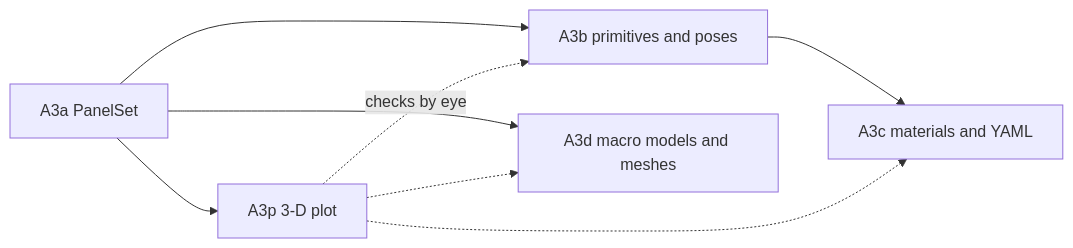
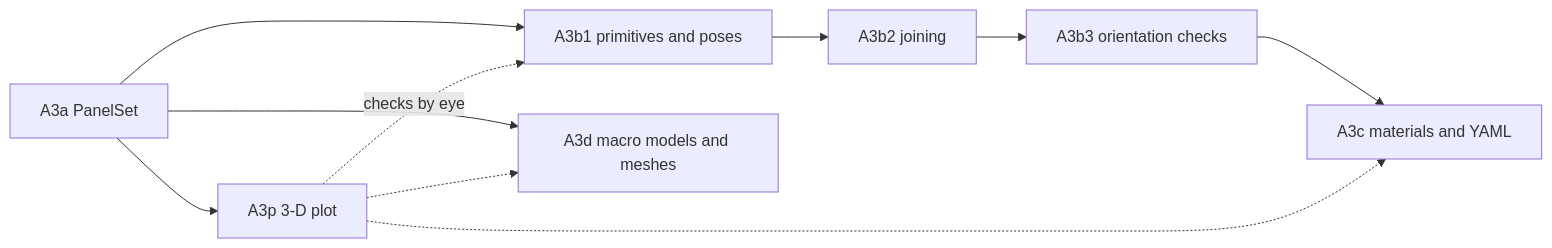
The diagram in docs/plans/A3_geometry_overview.md (kylermurphy/leodragkit), drawn with Mermaid before and after one commit. The commit also changed other lines of this file and 9 other files, not shown here.

````diff
--- a/docs/plans/A3_geometry_overview.md
+++ b/docs/plans/A3_geometry_overview.md
@@ -15,10 +17,12 @@
 ```mermaid
 flowchart LR
   A3a["A3a PanelSet"] --> A3p["A3p 3-D plot"]
-  A3a --> A3b["A3b primitives and poses"]
-  A3b --> A3c["A3c materials and YAML"]
+  A3a --> A3b1["A3b1 primitives and poses"]
+  A3b1 --> A3b2["A3b2 joining"]
+  A3b2 --> A3b3["A3b3 orientation checks"]
+  A3b3 --> A3c["A3c materials and YAML"]
   A3a --> A3d["A3d macro models and meshes"]
-  A3p -.->|checks by eye| A3b
+  A3p -.->|checks by eye| A3b1
   A3p -.-> A3c
   A3p -.-> A3d
 ```
````
